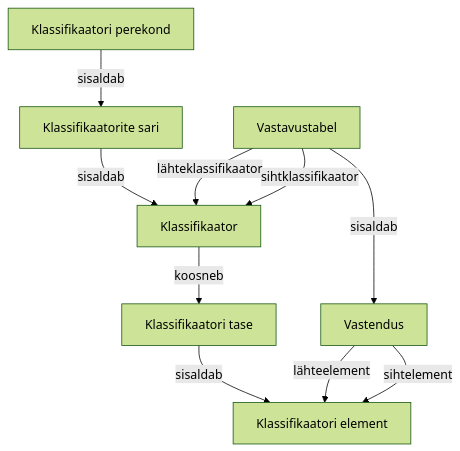
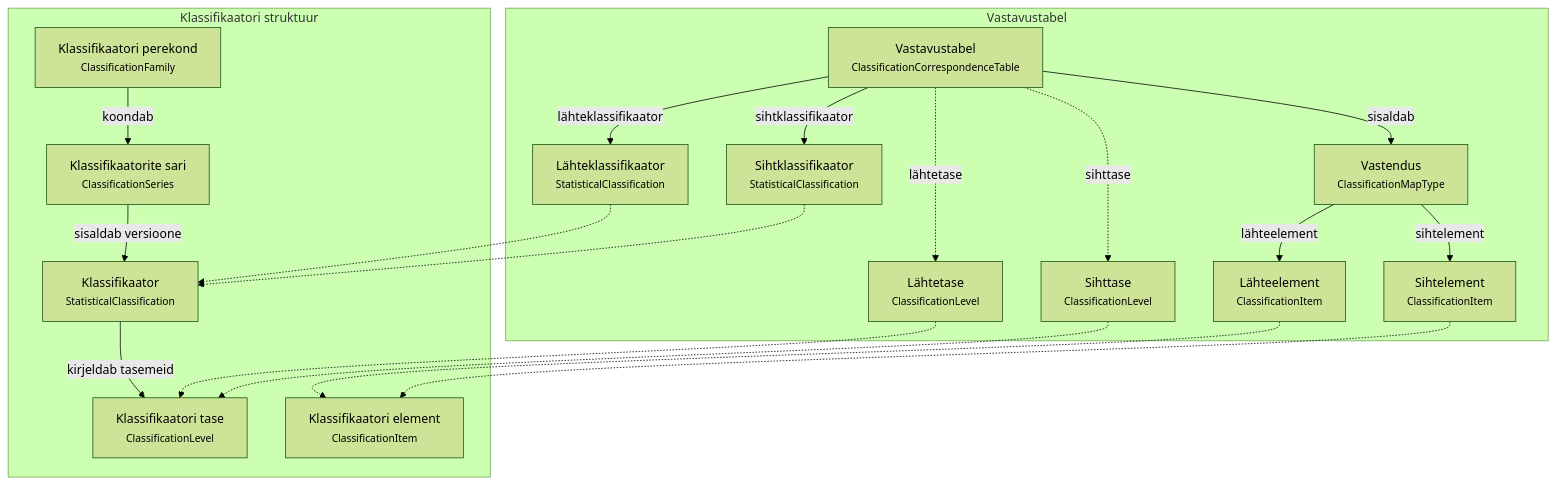
Before and after one commit to e-gov/Klassifikaatorite-ja-Koodiloendite-Standard: the first of 6 diagrams in docs/klassifikaator/atribuudid.md, drawn with Mermaid (forest theme).

Commit message:
põhimudel

````diff
--- a/docs/klassifikaator/atribuudid.md
+++ b/docs/klassifikaator/atribuudid.md
@@ -12,26 +12,49 @@
 ```mermaid
 flowchart TD
 
-CF["Klassifikaatori perekond"]
-CS["Klassifikaatorite sari"]
-SC["Klassifikaator"]
-LV["Klassifikaatori tase"]
-IT["Klassifikaatori element"]
+subgraph HIER["Klassifikaatori struktuur"]
+  CF["Klassifikaatori perekond<br/><small>ClassificationFamily</small>"]
+  CS["Klassifikaatorite sari<br/><small>ClassificationSeries</small>"]
+  SC["Klassifikaator<br/><small>StatisticalClassification</small>"]
+  LV["Klassifikaatori tase<br/><small>ClassificationLevel</small>"]
+  IT["Klassifikaatori element<br/><small>ClassificationItem</small>"]
 
-CT["Vastavustabel"]
-MP["Vastendus"]
+  CF -->|koondab| CS
+  CS -->|sisaldab versioone| SC
+  SC -->|kirjeldab tasemeid| LV
+end
 
-CF -->|sisaldab| CS
-CS -->|sisaldab| SC
+subgraph CORR["Vastavustabel"]
+  CT["Vastavustabel<br/><small>ClassificationCorrespondenceTable</small>"]
+  MP["Vastendus<br/><small>ClassificationMapType</small>"]
 
-SC -->|koosneb| LV
-LV -->|sisaldab| IT
+  SRC_SC["Lähteklassifikaator<br/><small>StatisticalClassification</small>"]
+  TGT_SC["Sihtklassifikaator<br/><small>StatisticalClassification</small>"]
 
-CT -->|lähteklassifikaator| SC
-CT -->|sihtklassifikaator| SC
+  SRC_LV["Lähtetase<br/><small>ClassificationLevel</small>"]
+  TGT_LV["Sihttase<br/><small>ClassificationLevel</small>"]
 
-CT -->|sisaldab| MP
+  SRC_IT["Lähteelement<br/><small>ClassificationItem</small>"]
+  TGT_IT["Sihtelement<br/><small>ClassificationItem</small>"]
 
-MP -->|lähteelement| IT
-MP -->|sihtelement| IT
+  CT -->|lähteklassifikaator| SRC_SC
+  CT -->|sihtklassifikaator| TGT_SC
+
+  CT -.->|lähtetase| SRC_LV
+  CT -.->|sihttase| TGT_LV
+
+  CT -->|sisaldab| MP
+
+  MP -->|lähteelement| SRC_IT
+  MP -->|sihtelement| TGT_IT
+end
+
+SRC_SC -.-> SC
+TGT_SC -.-> SC
+
+SRC_LV -.-> LV
+TGT_LV -.-> LV
+
+SRC_IT -.-> IT
+TGT_IT -.-> IT
 ```
````
